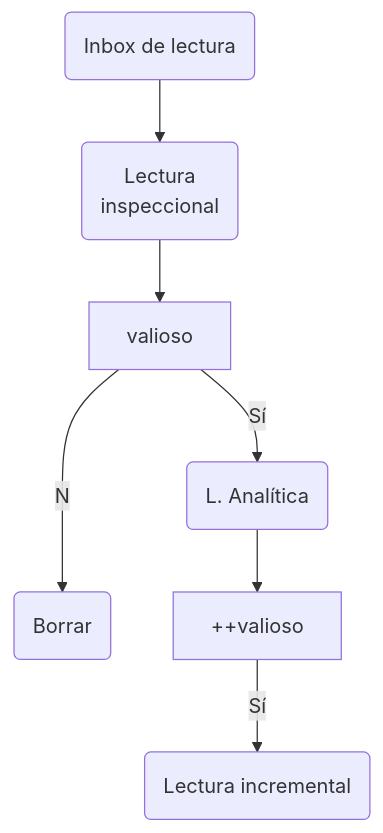
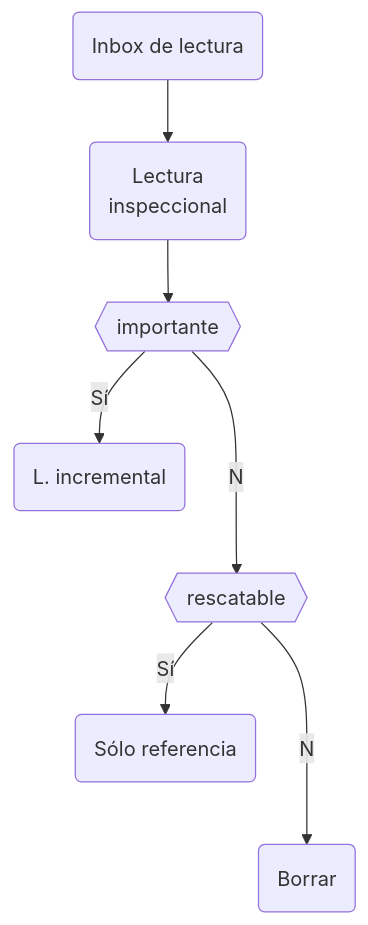
Before and after one commit to abrahambahez/notas: the diagram in inbox de lectura.md, drawn with Mermaid. The commit also changed other lines of this file and 42 other files, not shown here.

````diff
--- a/inbox de lectura.md
+++ b/inbox de lectura.md
@@ -3,9 +3,9 @@
 ```mermaid
 graph TD
     A(Inbox de lectura) --> B("Lectura <br/> inspeccional")
-    B --> valioso
-    valioso --Sí--> C("L. Analítica")
-    valioso --No--> D(Borrar)
-    C --> E["++valioso"]
-    E --Sí--> F("Lectura incremental")
+    B --> B1{{importante}}
+    B1 --Sí--> C("L. incremental")
+    B1 --No--> D{{rescatable}}
+    D --Sí--> D1(Sólo referencia)
+    D --No--> D2(Borrar)
 ```
````
